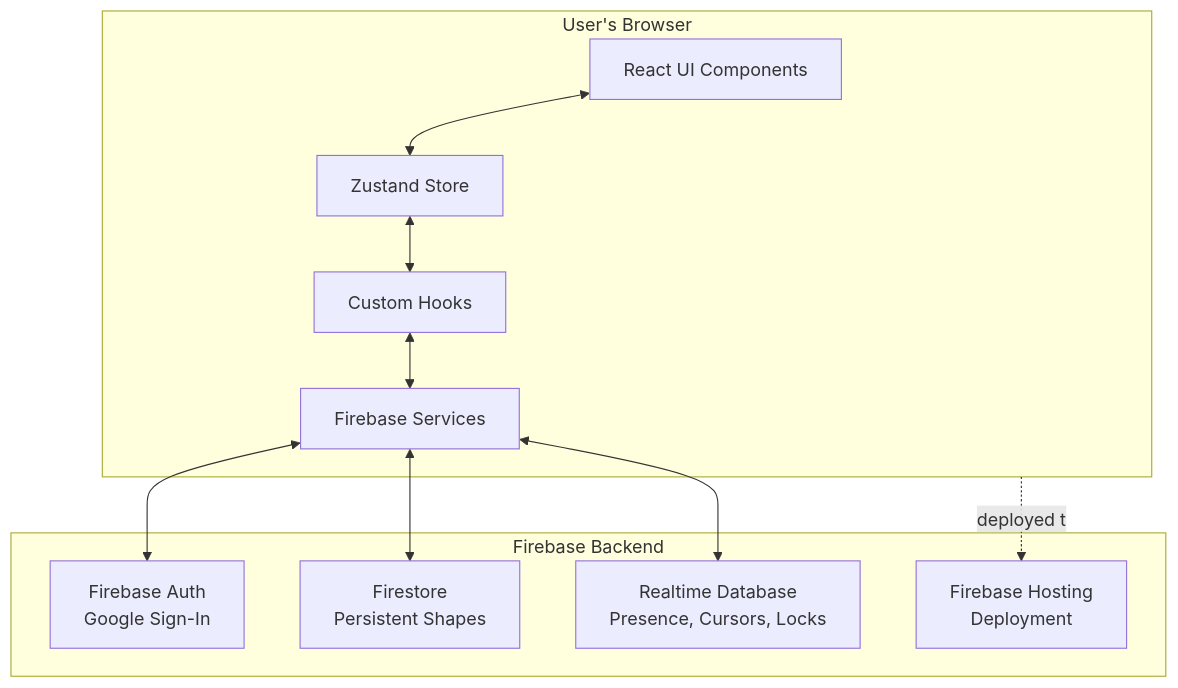
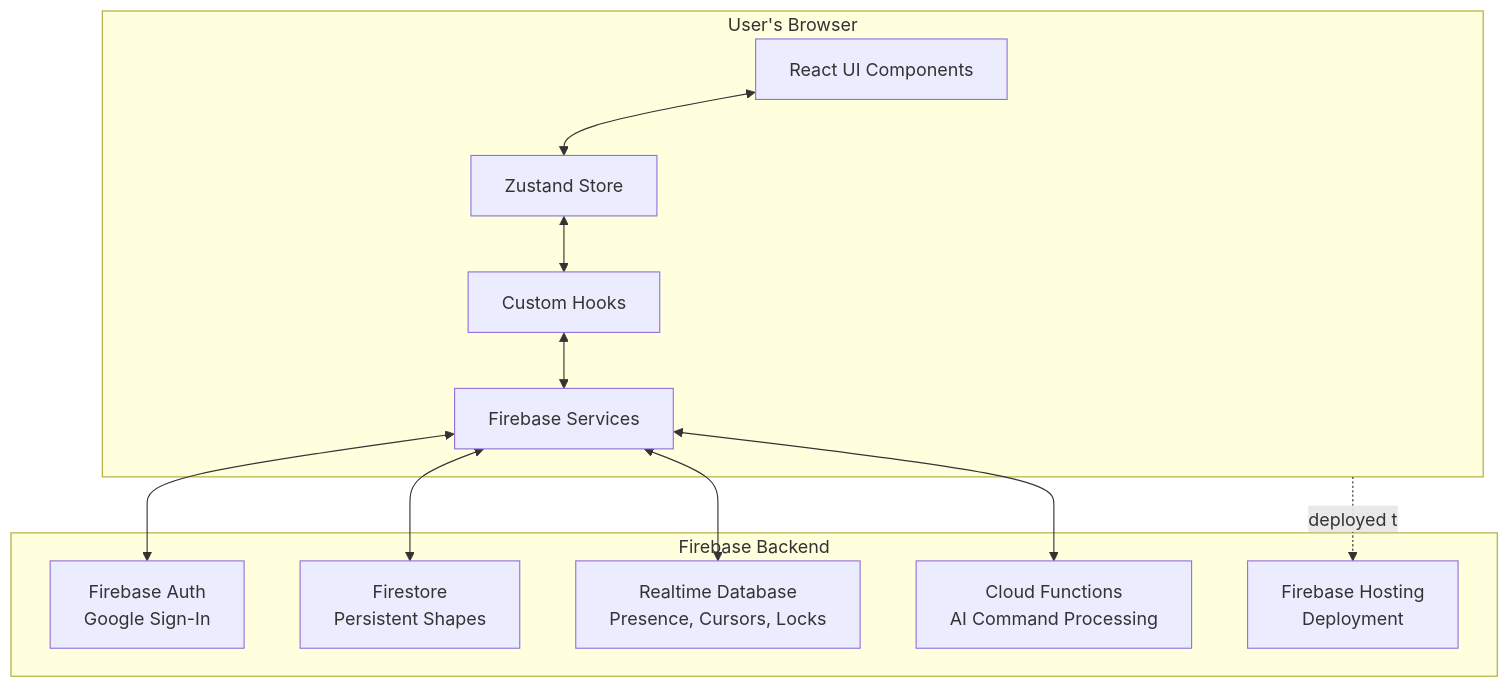
The diagram in README.md (xvanov/collabcanvas), drawn with Mermaid before and after one commit. The commit also changed other lines of this file and 44 other files, not shown here.

````diff
--- a/README.md
+++ b/README.md
@@ -44,24 +46,26 @@
 ```mermaid
 flowchart TB
     subgraph Browser["User's Browser"]
         UI[React UI Components]
         Store[Zustand Store]
         Hooks[Custom Hooks]
         Services[Firebase Services]
     end
     
     subgraph Firebase["Firebase Backend"]
         Auth[Firebase Auth<br/>Google Sign-In]
         Firestore[Firestore<br/>Persistent Shapes]
         RTDB[Realtime Database<br/>Presence, Cursors, Locks]
+        Functions[Cloud Functions<br/>AI Command Processing]
         Hosting[Firebase Hosting<br/>Deployment]
     end
     
     UI <--> Store
     Store <--> Hooks
     Hooks <--> Services
     Services <--> Auth
     Services <--> Firestore
     Services <--> RTDB
+    Services <--> Functions
     Browser -.deployed to.-> Hosting
 ```
````
